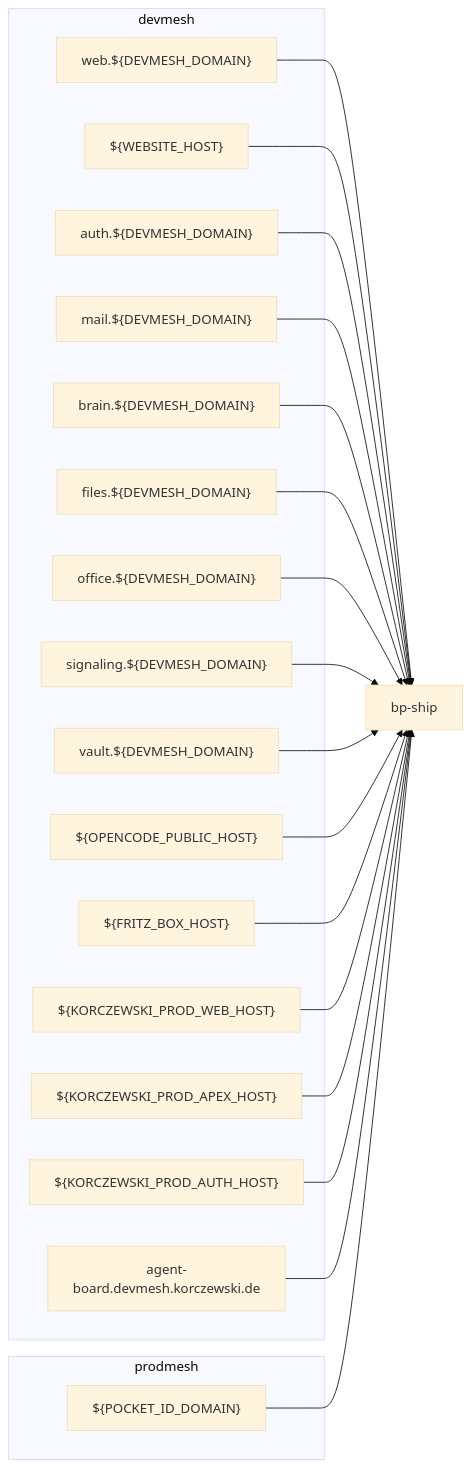
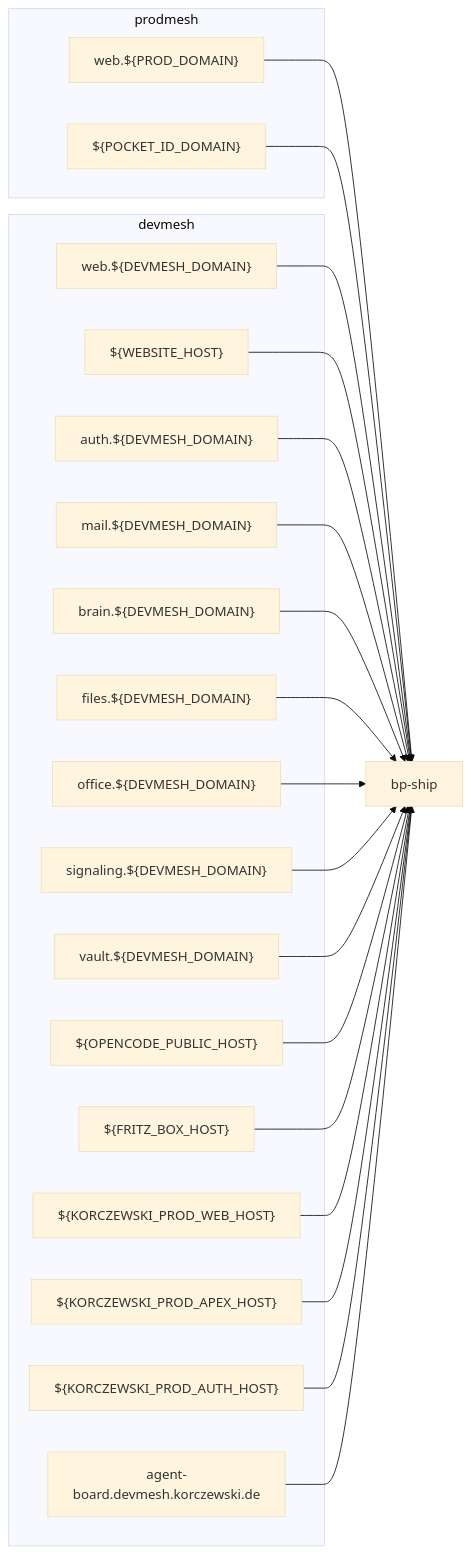
The diagram in docs/agent-guide/maps/domains-map.md (Paddione/Bachelorprojekt), drawn with Mermaid (base theme) before and after one commit. The commit also changed other lines of this file and 1 other file, not shown here.

First line of the commit message:
fix(docs): domains-Registry korczewski-web auf 200 (Eigner-Freigabe #7174, Domains-Probe-Heilung) (#7285)

````diff
--- a/docs/agent-guide/maps/domains-map.md
+++ b/docs/agent-guide/maps/domains-map.md
@@ -8,40 +8,42 @@
 ```mermaid
 flowchart LR
     subgraph devmesh["devmesh"]
         devmesh_web["web.${DEVMESH_DOMAIN}"]
         devmesh_website_alias["${WEBSITE_HOST}"]
         devmesh_auth["auth.${DEVMESH_DOMAIN}"]
         devmesh_mail["mail.${DEVMESH_DOMAIN}"]
         devmesh_brain["brain.${DEVMESH_DOMAIN}"]
         devmesh_files["files.${DEVMESH_DOMAIN}"]
         devmesh_office["office.${DEVMESH_DOMAIN}"]
         devmesh_signaling["signaling.${DEVMESH_DOMAIN}"]
         devmesh_vault["vault.${DEVMESH_DOMAIN}"]
         devmesh_opencode["${OPENCODE_PUBLIC_HOST}"]
         devmesh_fritzbox["${FRITZ_BOX_HOST}"]
         korczewski_web_mirror["${KORCZEWSKI_PROD_WEB_HOST}"]
         korczewski_apex_mirror["${KORCZEWSKI_PROD_APEX_HOST}"]
         korczewski_auth_mirror["${KORCZEWSKI_PROD_AUTH_HOST}"]
         devmesh_agent_board["agent-board.devmesh.korczewski.de"]
     end
     subgraph prodmesh["prodmesh"]
+        website_korczewski["web.${PROD_DOMAIN}"]
         auth_korczewski["${POCKET_ID_DOMAIN}"]
     end
     owner_bp_ship["bp-ship"]
+    website_korczewski --> owner_bp_ship
     devmesh_web --> owner_bp_ship
     devmesh_website_alias --> owner_bp_ship
     devmesh_auth --> owner_bp_ship
     devmesh_mail --> owner_bp_ship
     devmesh_brain --> owner_bp_ship
     devmesh_files --> owner_bp_ship
     devmesh_office --> owner_bp_ship
     devmesh_signaling --> owner_bp_ship
     devmesh_vault --> owner_bp_ship
     devmesh_opencode --> owner_bp_ship
     devmesh_fritzbox --> owner_bp_ship
     korczewski_web_mirror --> owner_bp_ship
     korczewski_apex_mirror --> owner_bp_ship
     korczewski_auth_mirror --> owner_bp_ship
     auth_korczewski --> owner_bp_ship
     devmesh_agent_board --> owner_bp_ship
 ```
````
